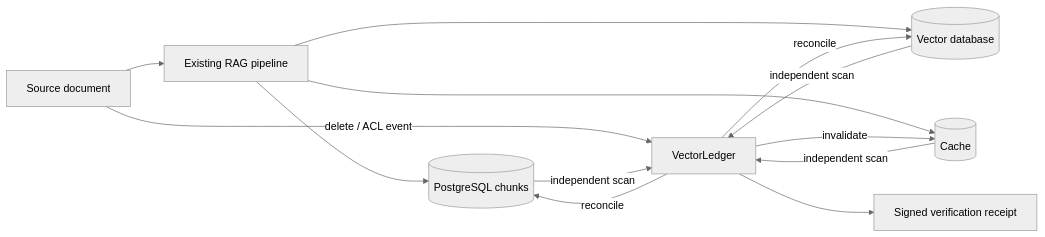
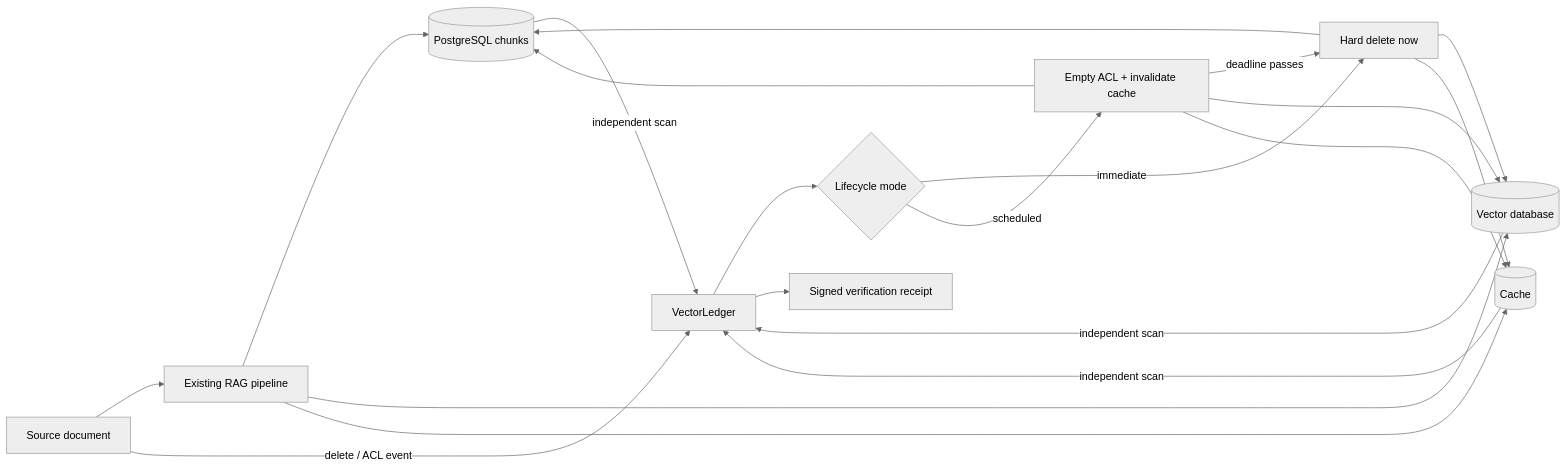
One commit to mrhello291/VectorLedger changed the diagram in README.md. Above: the diagram before and after it, drawn with Mermaid (neutral theme). The commit also changed other lines of this file and 27 other files, not shown here.

````diff
--- a/README.md
+++ b/README.md
@@ -15,13 +15,20 @@
 ```mermaid
 flowchart LR
     S[Source document] --> I[Existing RAG pipeline]
     I --> P[(PostgreSQL chunks)]
     I --> Q[(Vector database)]
     I --> R[(Cache)]
     S -- delete / ACL event --> V[VectorLedger]
-    V -- reconcile --> P
-    V -- reconcile --> Q
-    V -- invalidate --> R
+    V --> M{Lifecycle mode}
+    M -- immediate --> D[Hard delete now]
+    M -- scheduled --> X[Empty ACL + invalidate cache]
+    X -- deadline passes --> D
+    D --> P
+    D --> Q
+    D --> R
+    X --> P
+    X --> Q
+    X --> R
     P & Q & R -- independent scan --> V
     V --> A[Signed verification receipt]
 ```
````
